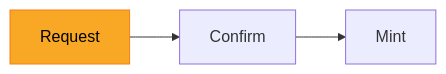
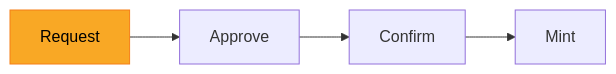
Before and after one commit to MystenLabs/hashi: the second of 5 diagrams in design/src/deposit.md, drawn with Mermaid. The commit also changed other lines of this file and 19 other files, not shown here.

````diff
--- a/design/src/deposit.md
+++ b/design/src/deposit.md
@@ -14,5 +21,5 @@
 ```mermaid
 graph LR
-    A[Request]:::active --> B[Confirm] --> C[Mint]
+    A[Request]:::active --> B[Approve] --> C[Confirm] --> D[Mint]
     classDef active fill:#f9a825,stroke:#f57f17,color:#000
 ```
````
